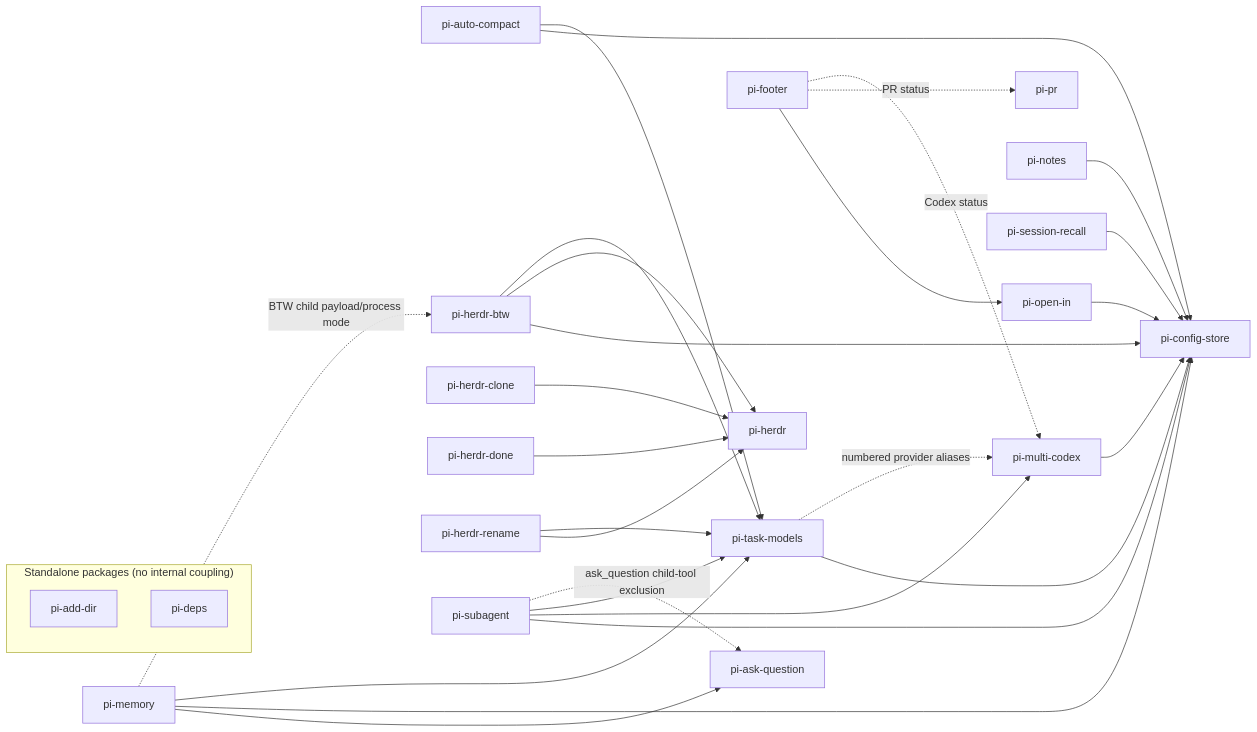
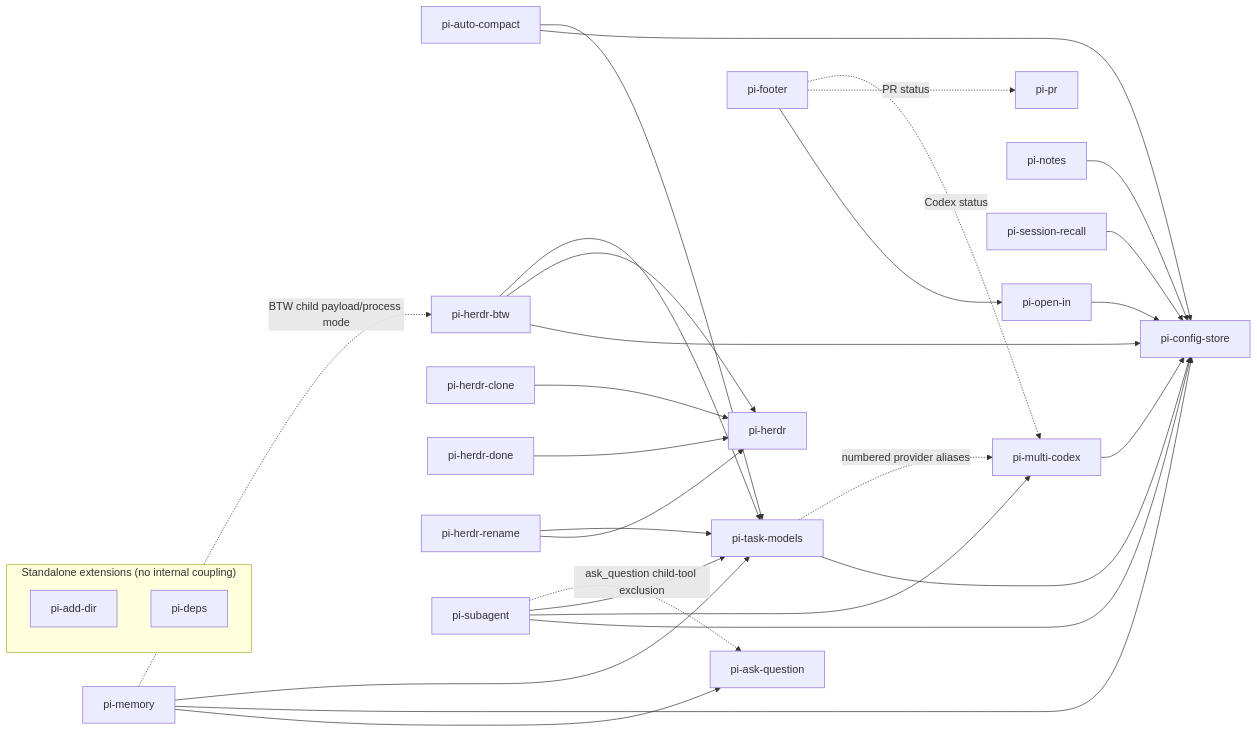
The diagram in README.md (HenryQW/pi-harness), drawn with Mermaid before and after one commit. The commit also changed other lines of this file and 10 other files, not shown here.

````diff
--- a/README.md
+++ b/README.md
@@ -39,35 +39,35 @@
 ```mermaid
 flowchart LR
   autoCompact["pi-auto-compact"] --> configStore["pi-config-store"]
   autoCompact --> taskModels["pi-task-models"]
   footer["pi-footer"] --> openIn["pi-open-in"]
   herdrBtw["pi-herdr-btw"] --> configStore
   herdrBtw --> herdr["pi-herdr"]
   herdrBtw --> taskModels
   herdrClone["pi-herdr-clone"] --> herdr
   herdrDone["pi-herdr-done"] --> herdr
   herdrRename["pi-herdr-rename"] --> herdr
   herdrRename --> taskModels
   memory["pi-memory"] --> askQuestion["pi-ask-question"]
   memory --> configStore
   memory --> taskModels
   multiCodex["pi-multi-codex"] --> configStore
   notes["pi-notes"] --> configStore
   openIn --> configStore
   sessionRecall["pi-session-recall"] --> configStore
   subagent["pi-subagent"] --> configStore
   subagent --> multiCodex
   subagent --> taskModels
   taskModels --> configStore
 
   footer -.->|PR status| pr["pi-pr"]
   footer -.->|Codex status| multiCodex
   taskModels -.->|numbered provider aliases| multiCodex
   memory -.->|BTW child payload/process mode| herdrBtw
   subagent -.->|ask_question child-tool exclusion| askQuestion
 
-  subgraph standalone["Standalone packages (no internal coupling)"]
+  subgraph standalone["Standalone extensions (no internal coupling)"]
     addDir["pi-add-dir"]
     deps["pi-deps"]
   end
 ```
````
